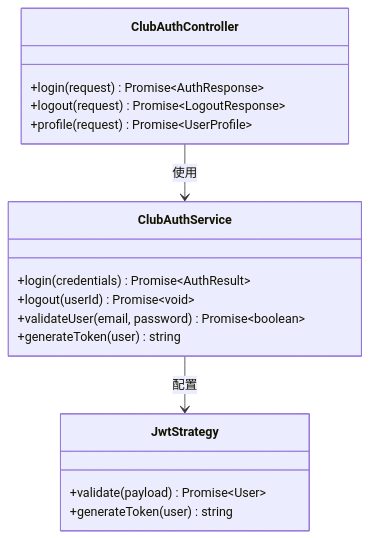
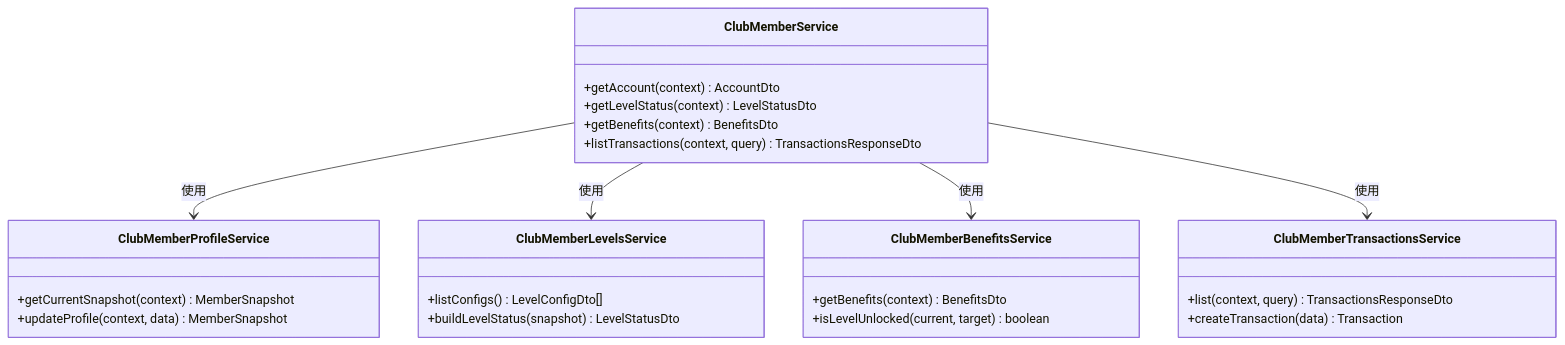
Before and after one commit to rc558620/purelyprofit-server: the fourth of 9 diagrams in .qoder/repowiki/zh/content/业务模块/纯俱乐部模块.md, drawn with Mermaid. The commit also changed other lines of this file and 534 other files, not shown here.

````diff
--- a/.qoder/repowiki/zh/content/业务模块/纯俱乐部模块.md
+++ b/.qoder/repowiki/zh/content/业务模块/纯俱乐部模块.md
@@ -205,20 +328,29 @@
 ```mermaid
 classDiagram
-class ClubAuthService {
-+login(credentials) Promise~AuthResult~
-+logout(userId) Promise~void~
-+validateUser(email, password) Promise~boolean~
-+generateToken(user) string
+class ClubMemberService {
++getAccount(context) AccountDto
++getLevelStatus(context) LevelStatusDto
++getBenefits(context) BenefitsDto
++listTransactions(context, query) TransactionsResponseDto
 }
-class ClubAuthController {
-+login(request) Promise~AuthResponse~
-+logout(request) Promise~LogoutResponse~
-+profile(request) Promise~UserProfile~
+class ClubMemberProfileService {
++getCurrentSnapshot(context) MemberSnapshot
++updateProfile(context, data) MemberSnapshot
 }
-class JwtStrategy {
-+validate(payload) Promise~User~
-+generateToken(user) string
+class ClubMemberLevelsService {
++listConfigs() LevelConfigDto[]
++buildLevelStatus(snapshot) LevelStatusDto
 }
-ClubAuthController --> ClubAuthService : 使用
-ClubAuthService --> JwtStrategy : 配置
+class ClubMemberBenefitsService {
++getBenefits(context) BenefitsDto
++isLevelUnlocked(current, target) boolean
+}
+class ClubMemberTransactionsService {
++list(context, query) TransactionsResponseDto
++createTransaction(data) Transaction
+}
+ClubMemberService --> ClubMemberProfileService : 使用
+ClubMemberService --> ClubMemberLevelsService : 使用
+ClubMemberService --> ClubMemberBenefitsService : 使用
+ClubMemberService --> ClubMemberTransactionsService : 使用
 ```
````
